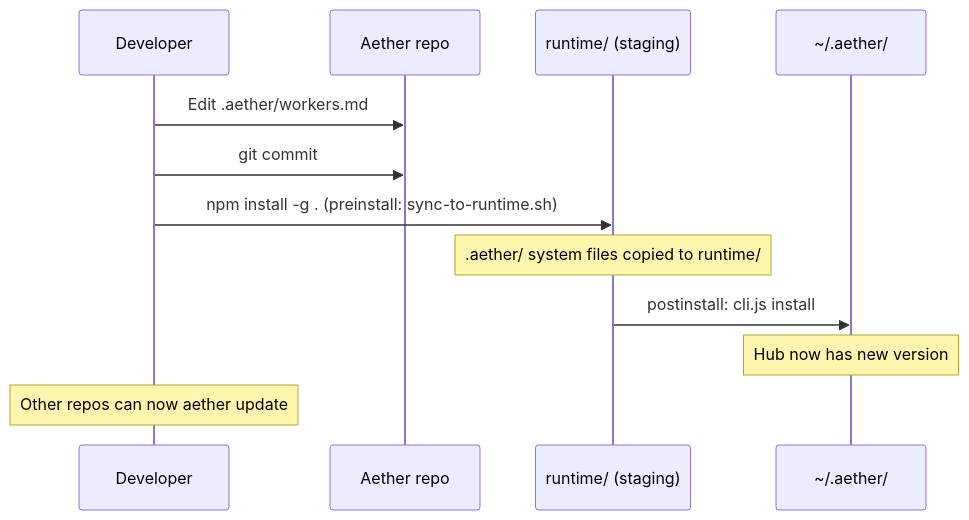
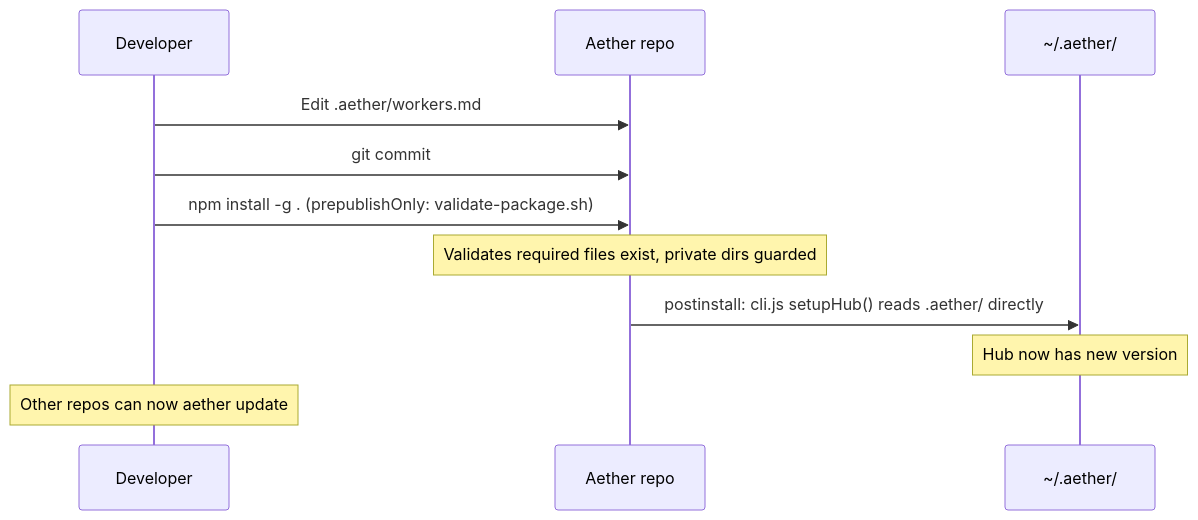
Before and after one commit to calcosmic/Aether: the third of 4 diagrams in RUNTIME UPDATE ARCHITECTURE.md, drawn with Mermaid. The commit also changed other lines of this file and 2 other files, not shown here.

First line of the commit message:
docs(20-03): update architecture docs for v4.0 direct packaging

````diff
--- a/RUNTIME UPDATE ARCHITECTURE.md
+++ b/RUNTIME UPDATE ARCHITECTURE.md
@@ -93,15 +88,14 @@
 ```mermaid
 sequenceDiagram
     participant Dev as Developer
     participant Aether as Aether repo
-    participant RT as runtime/ (staging)
     participant Hub as ~/.aether/
 
     Dev->>Aether: Edit .aether/workers.md
     Dev->>Aether: git commit
-    Dev->>RT: npm install -g . (preinstall: sync-to-runtime.sh)
-    Note over RT: .aether/ system files copied to runtime/
-    RT->>Hub: postinstall: cli.js install
+    Dev->>Aether: npm install -g . (prepublishOnly: validate-package.sh)
+    Note over Aether: Validates required files exist, private dirs guarded
+    Aether->>Hub: postinstall: cli.js setupHub() reads .aether/ directly
     Note over Hub: Hub now has new version
     Note over Dev: Other repos can now aether update
 ```
````
